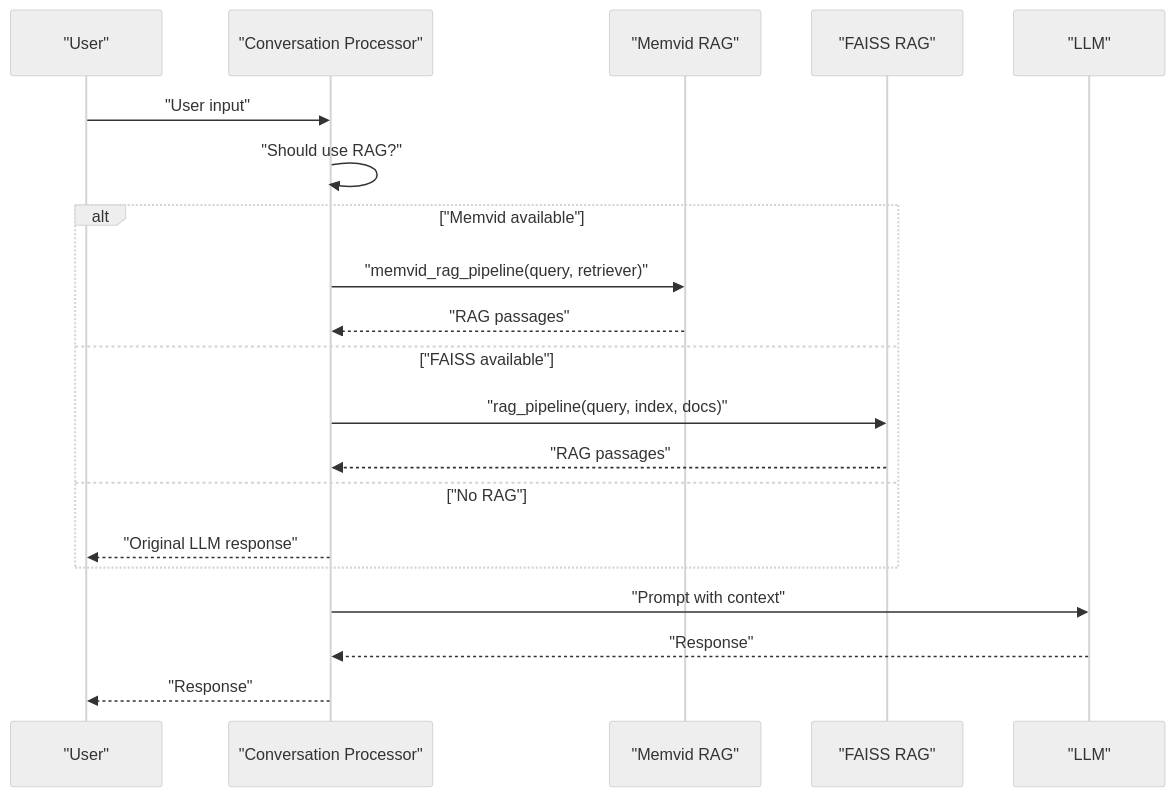
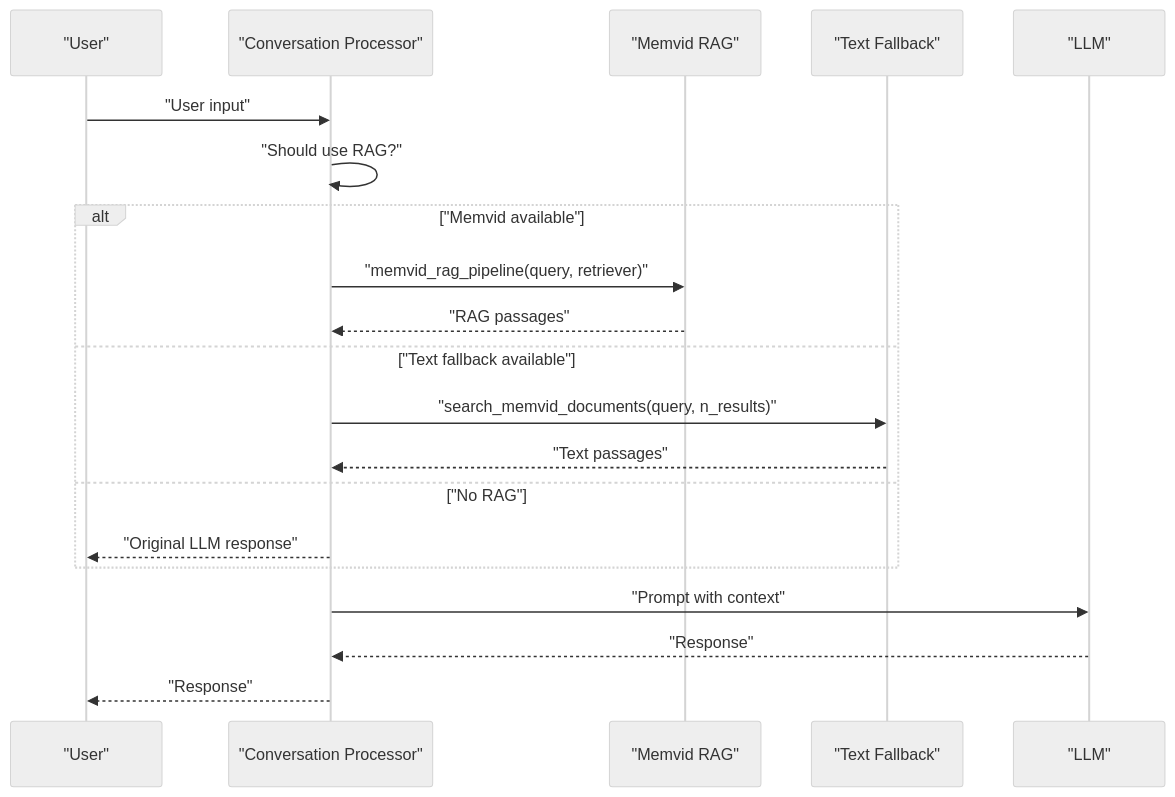
The second of 6 diagrams in .qoder/repowiki/en/content/Retrieval-Augmented Generation (RAG)/Retrieval-Augmented Generation (RAG).md (MOK-5-ha/MayaMCP), drawn with Mermaid (neutral theme) before and after one commit. The commit also changed other lines of this file and 27 other files, not shown here.

````diff
--- a/.qoder/repowiki/en/content/Retrieval-Augmented Generation (RAG)/Retrieval-Augmented Generation (RAG).md
+++ b/.qoder/repowiki/en/content/Retrieval-Augmented Generation (RAG)/Retrieval-Augmented Generation (RAG).md
@@ -132,22 +124,22 @@
 ```mermaid
 sequenceDiagram
 participant U as "User"
 participant P as "Conversation Processor"
 participant M as "Memvid RAG"
-participant F as "FAISS RAG"
+participant F as "Text Fallback"
 participant L as "LLM"
 U->>P : "User input"
 P->>P : "Should use RAG?"
 alt "Memvid available"
 P->>M : "memvid_rag_pipeline(query, retriever)"
 M-->>P : "RAG passages"
-else "FAISS available"
-P->>F : "rag_pipeline(query, index, docs)"
-F-->>P : "RAG passages"
+else "Text fallback available"
+P->>F : "search_memvid_documents(query, n_results)"
+F-->>P : "Text passages"
 else "No RAG"
 P-->>U : "Original LLM response"
 end
 P->>L : "Prompt with context"
 L-->>P : "Response"
 P-->>U : "Response"
 ```
````
